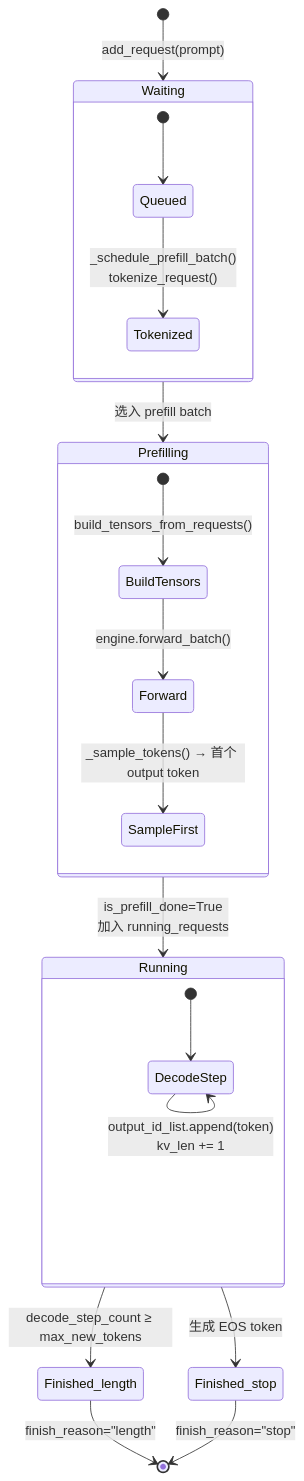
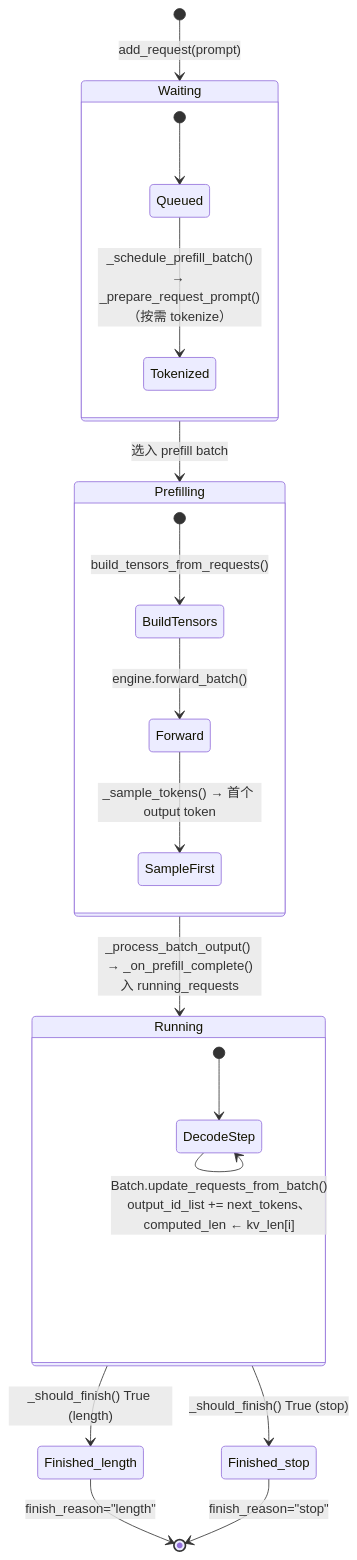
The fourth of 4 diagrams in docs/design/executor_design.md (hicann/cann-recipes-infer), drawn with Mermaid before and after one commit. The commit also changed other lines of this file and 1 other file, not shown here.

````diff
--- a/docs/design/executor_design.md
+++ b/docs/design/executor_design.md
@@ -193,30 +190,30 @@
 ```mermaid
 stateDiagram-v2
     [*] --> Waiting: add_request(prompt)
 
     state Waiting {
         [*] --> Queued
-        Queued --> Tokenized: _schedule_prefill_batch()<br/>tokenize_request()
+        Queued --> Tokenized: _schedule_prefill_batch()<br/>→ _prepare_request_prompt()（按需 tokenize）
     }
 
     Waiting --> Prefilling: 选入 prefill batch
 
     state Prefilling {
         [*] --> BuildTensors: build_tensors_from_requests()
         BuildTensors --> Forward: engine.forward_batch()
         Forward --> SampleFirst: _sample_tokens() → 首个 output token
     }
 
-    Prefilling --> Running: is_prefill_done=True<br/>加入 running_requests
+    Prefilling --> Running: _process_batch_output() → _on_prefill_complete()<br/>入 running_requests
 
     state Running {
         [*] --> DecodeStep
-        DecodeStep --> DecodeStep: output_id_list.append(token)<br/>kv_len += 1
+        DecodeStep --> DecodeStep: Batch.update_requests_from_batch()<br/>output_id_list += next_tokens、computed_len ← kv_len[i]
     }
 
-    Running --> Finished_length: decode_step_count ≥ max_new_tokens
-    Running --> Finished_stop: 生成 EOS token
+    Running --> Finished_length: _should_finish() True (length)
+    Running --> Finished_stop:   _should_finish() True (stop)
 
     Finished_length --> [*]: finish_reason="length"
     Finished_stop --> [*]: finish_reason="stop"
 ```
````
